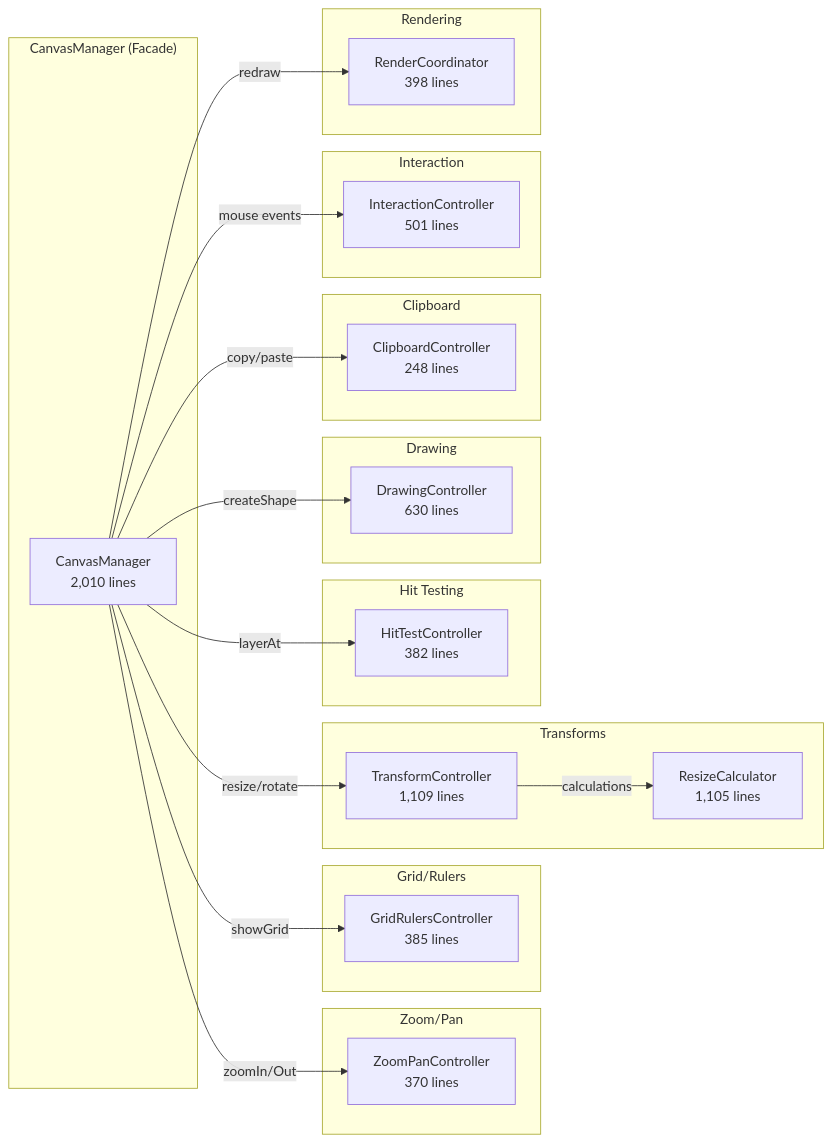
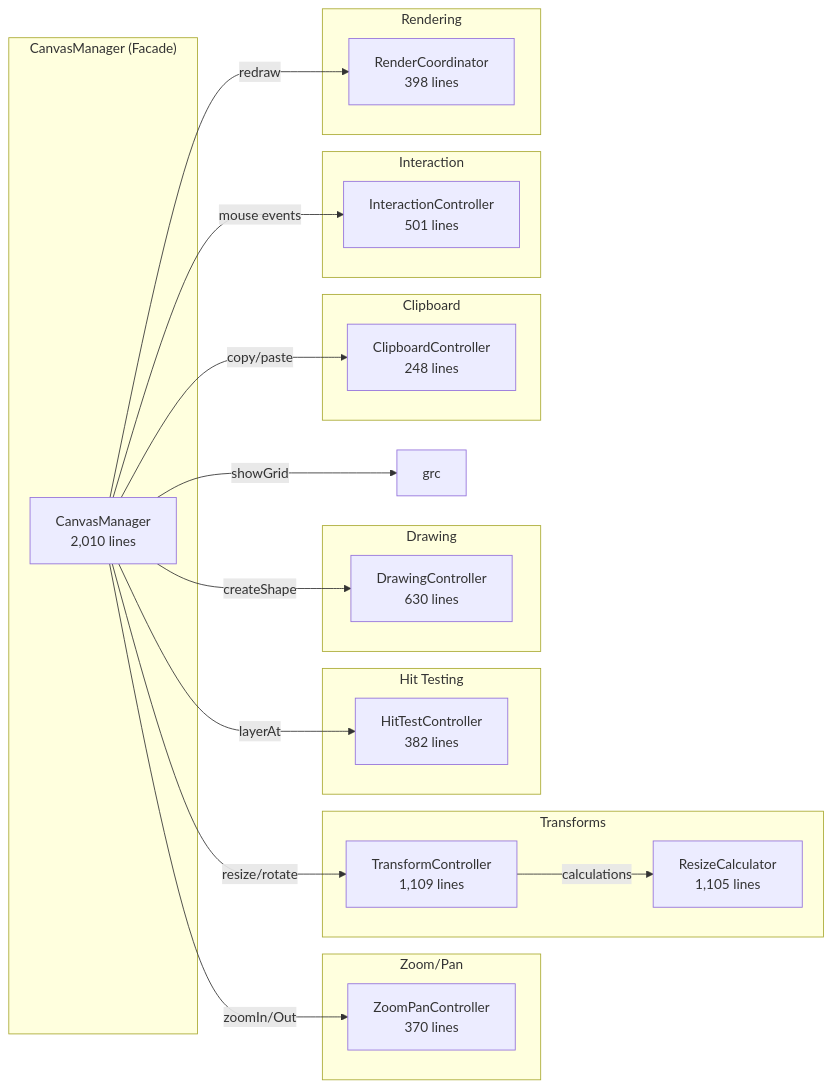
One commit to slickdexic/Layers changed the second of 10 diagrams in docs/ARCHITECTURE.md. Above: the diagram before and after it, drawn with Mermaid. The commit also changed other lines of this file and 25 other files, not shown here.

````diff
--- a/docs/ARCHITECTURE.md
+++ b/docs/ARCHITECTURE.md
@@ -217,49 +216,45 @@
 ```mermaid
 graph LR
     subgraph Facade["CanvasManager (Facade)"]
         cm["CanvasManager<br/>2,010 lines"]
     end
 
     subgraph Zoom["Zoom/Pan"]
         zpc["ZoomPanController<br/>370 lines"]
-    end
-
-    subgraph Grid["Grid/Rulers"]
-        grc["GridRulersController<br/>385 lines"]
     end
 
     subgraph Transform["Transforms"]
         tc["TransformController<br/>1,109 lines"]
         rc["ResizeCalculator<br/>1,105 lines"]
     end
 
     subgraph Hit["Hit Testing"]
         htc["HitTestController<br/>382 lines"]
     end
 
     subgraph Draw["Drawing"]
         dc["DrawingController<br/>630 lines"]
     end
 
     subgraph Clip["Clipboard"]
         cc["ClipboardController<br/>248 lines"]
     end
 
     subgraph Interact["Interaction"]
         ic["InteractionController<br/>501 lines"]
     end
 
     subgraph Render["Rendering"]
         rco["RenderCoordinator<br/>398 lines"]
     end
 
     cm -->|zoomIn/Out| zpc
     cm -->|showGrid| grc
     cm -->|resize/rotate| tc
     tc -->|calculations| rc
     cm -->|layerAt| htc
     cm -->|createShape| dc
     cm -->|copy/paste| cc
     cm -->|mouse events| ic
     cm -->|redraw| rco
 ```
````
